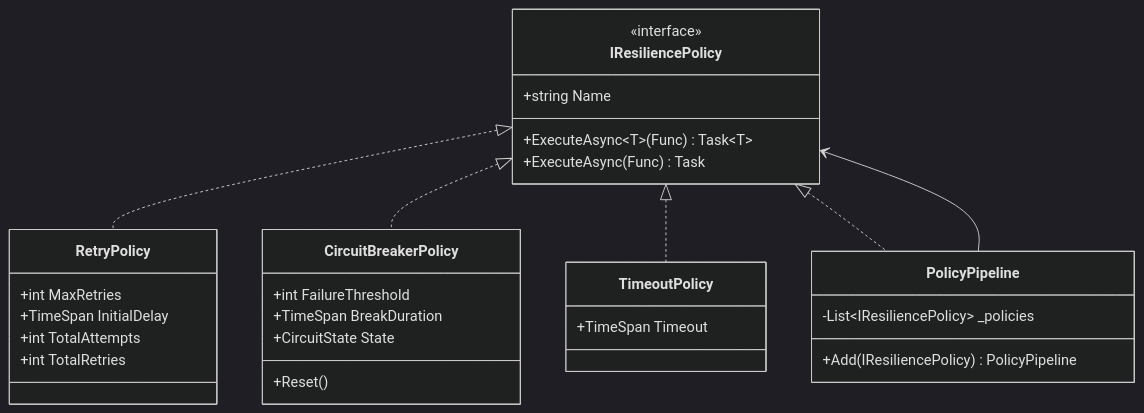
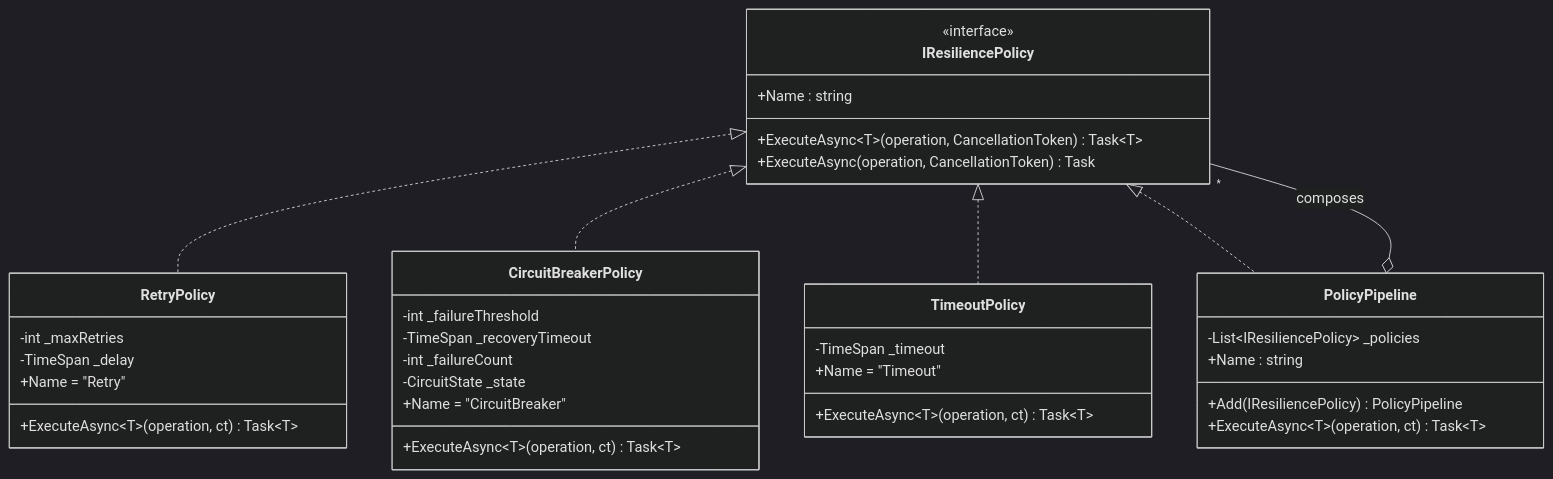
Before and after one commit to senapatisantosh/DotnetAdvanceDesignPattern: the first of 2 diagrams in src/DesignPatterns.Enterprise/PolicyPattern/README.md, drawn with Mermaid (dark theme). The commit also changed other lines of this file, not shown here.

First line of the commit message:
fix: update Policy Pattern README

````diff
--- a/src/DesignPatterns.Enterprise/PolicyPattern/README.md
+++ b/src/DesignPatterns.Enterprise/PolicyPattern/README.md
@@ -79,34 +72,44 @@
 ```mermaid
 classDiagram
     class IResiliencePolicy {
         <<interface>>
-        +string Name
-        +ExecuteAsync~T~(Func) Task~T~
-        +ExecuteAsync(Func) Task
+        +Name : string
+        +ExecuteAsync~T~(operation, CancellationToken) Task~T~
+        +ExecuteAsync(operation, CancellationToken) Task
     }
+
     class RetryPolicy {
-        +int MaxRetries
-        +TimeSpan InitialDelay
-        +int TotalAttempts
-        +int TotalRetries
+        -int _maxRetries
+        -TimeSpan _delay
+        +Name = "Retry"
+        +ExecuteAsync~T~(operation, ct) Task~T~
     }
+
     class CircuitBreakerPolicy {
-        +int FailureThreshold
-        +TimeSpan BreakDuration
-        +CircuitState State
-        +Reset()
+        -int _failureThreshold
+        -TimeSpan _recoveryTimeout
+        -int _failureCount
+        -CircuitState _state
+        +Name = "CircuitBreaker"
+        +ExecuteAsync~T~(operation, ct) Task~T~
     }
+
     class TimeoutPolicy {
-        +TimeSpan Timeout
+        -TimeSpan _timeout
+        +Name = "Timeout"
+        +ExecuteAsync~T~(operation, ct) Task~T~
     }
+
     class PolicyPipeline {
         -List~IResiliencePolicy~ _policies
+        +Name : string
         +Add(IResiliencePolicy) PolicyPipeline
+        +ExecuteAsync~T~(operation, ct) Task~T~
     }
 
     IResiliencePolicy <|.. RetryPolicy
     IResiliencePolicy <|.. CircuitBreakerPolicy
     IResiliencePolicy <|.. TimeoutPolicy
     IResiliencePolicy <|.. PolicyPipeline
-    PolicyPipeline --> IResiliencePolicy
+    PolicyPipeline o-- "*" IResiliencePolicy : composes
 ```
````
